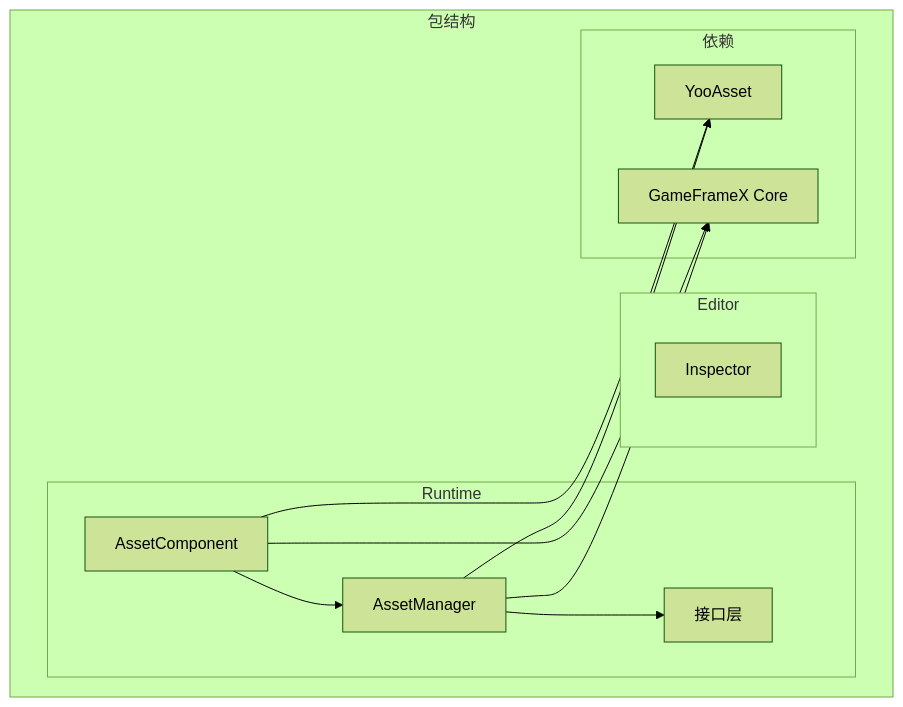
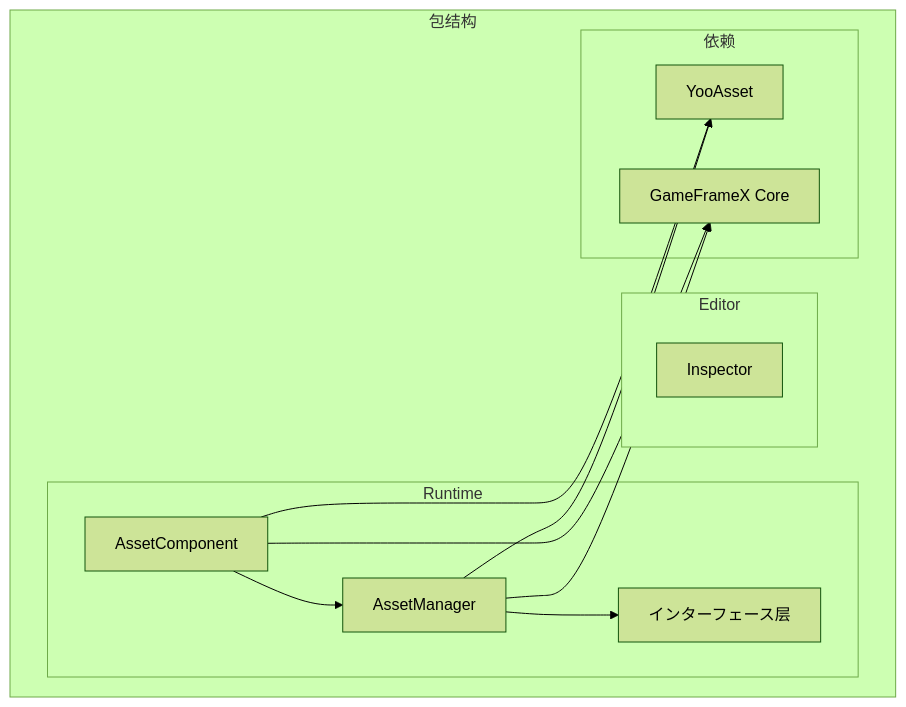
The diagram in docs/ja/client/unity/component/asset/02.installation.md (AlianBlank/GameFrameX.Docs), drawn with Mermaid (forest theme) before and after one commit. The commit also changed other lines of this file and 603 other files, not shown here.

````diff
--- a/docs/ja/client/unity/component/asset/02.installation.md
+++ b/docs/ja/client/unity/component/asset/02.installation.md
@@ -156,26 +156,26 @@
 ```mermaid
 graph TD
     subgraph PackageStructure["包结构"]
         subgraph Runtime["Runtime"]
             RT[AssetComponent]
             RM[AssetManager]
-            IA[接口层]
+            IA[インターフェース层]
         end
         
         subgraph Editor["Editor"]
             IN[Inspector]
         end
         
         subgraph Dependencies["依赖"]
             YOO[YooAsset]
             GFX[GameFrameX Core]
         end
     end
     
     RT --> RM
     RM --> IA
     RT --> YOO
     RM --> YOO
     RT --> GFX
     RM --> GFX
 ```
````
